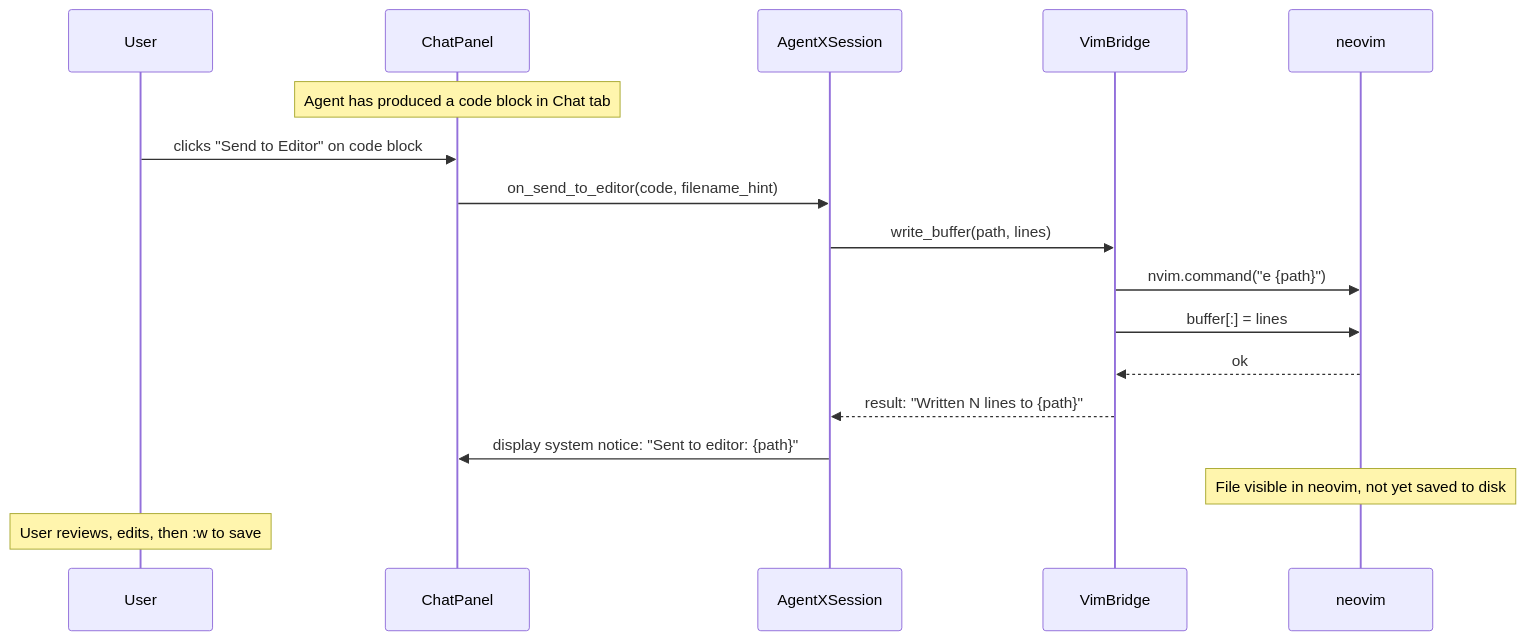
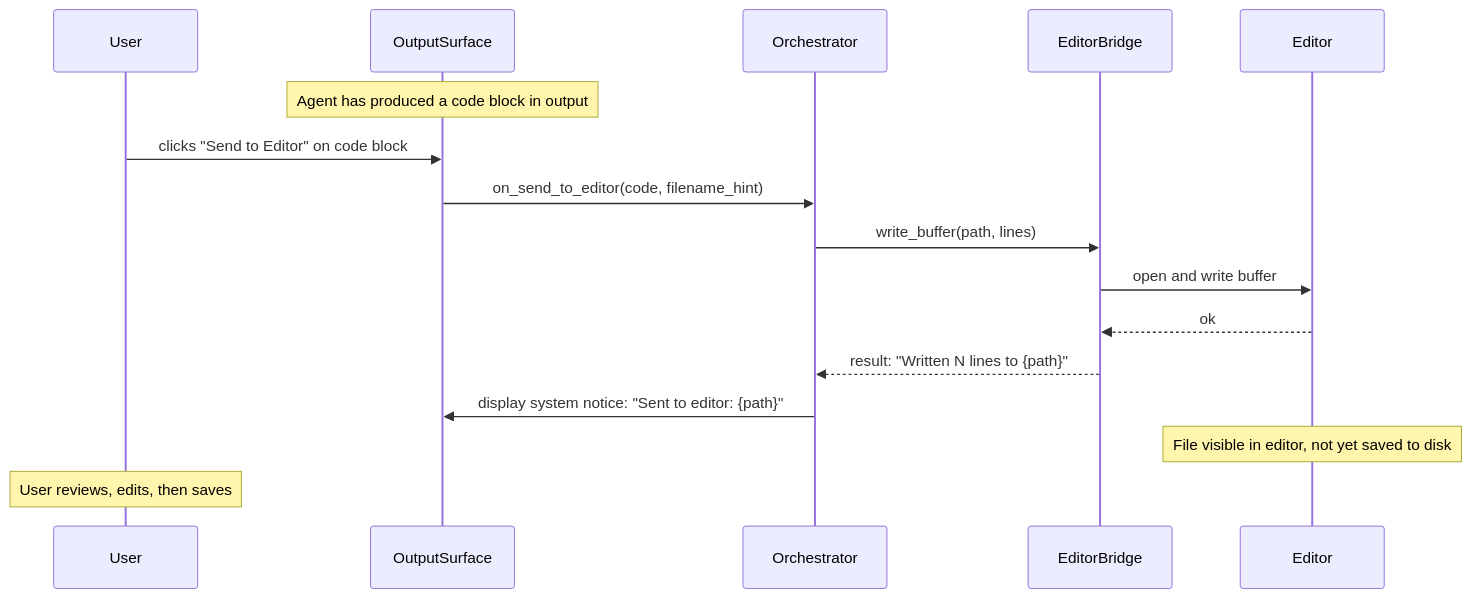
One commit to matthewapeters/agentX changed the third of 11 diagrams in docs/ux/05_VIBE_CODING.md. Above: the diagram before and after it, drawn with Mermaid. The commit also changed other lines of this file and 336 other files, not shown here.

````diff
--- a/docs/ux/05_VIBE_CODING.md
+++ b/docs/ux/05_VIBE_CODING.md
@@ -531,20 +112,19 @@
 ```mermaid
 sequenceDiagram
     participant User
-    participant ChatPanel
-    participant Session as AgentXSession
-    participant VB as VimBridge
-    participant Nvim as neovim
+    participant OutputSurface
+    participant Orchestrator
+    participant EditorBridge
+    participant Editor
 
-    Note over ChatPanel: Agent has produced a code block in Chat tab
-    User->>ChatPanel: clicks "Send to Editor" on code block
-    ChatPanel->>Session: on_send_to_editor(code, filename_hint)
-    Session->>VB: write_buffer(path, lines)
-    VB->>Nvim: nvim.command("e {path}")
-    VB->>Nvim: buffer[:] = lines
-    Nvim-->>VB: ok
-    VB-->>Session: result: "Written N lines to {path}"
-    Session->>ChatPanel: display system notice: "Sent to editor: {path}"
-    Note over Nvim: File visible in neovim, not yet saved to disk
-    Note over User: User reviews, edits, then :w to save
+    Note over OutputSurface: Agent has produced a code block in output
+    User->>OutputSurface: clicks "Send to Editor" on code block
+    OutputSurface->>Orchestrator: on_send_to_editor(code, filename_hint)
+    Orchestrator->>EditorBridge: write_buffer(path, lines)
+    EditorBridge->>Editor: open and write buffer
+    Editor-->>EditorBridge: ok
+    EditorBridge-->>Orchestrator: result: "Written N lines to {path}"
+    Orchestrator->>OutputSurface: display system notice: "Sent to editor: {path}"
+    Note over Editor: File visible in editor, not yet saved to disk
+    Note over User: User reviews, edits, then saves
 ```
````
